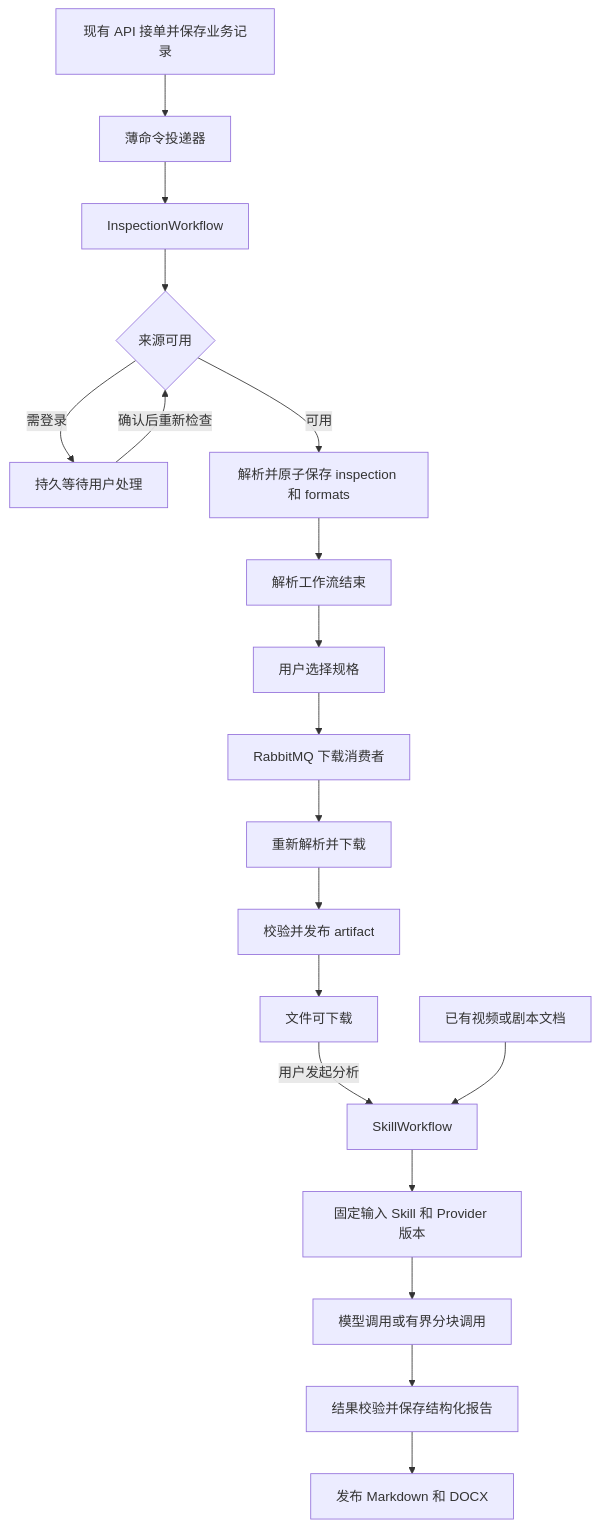
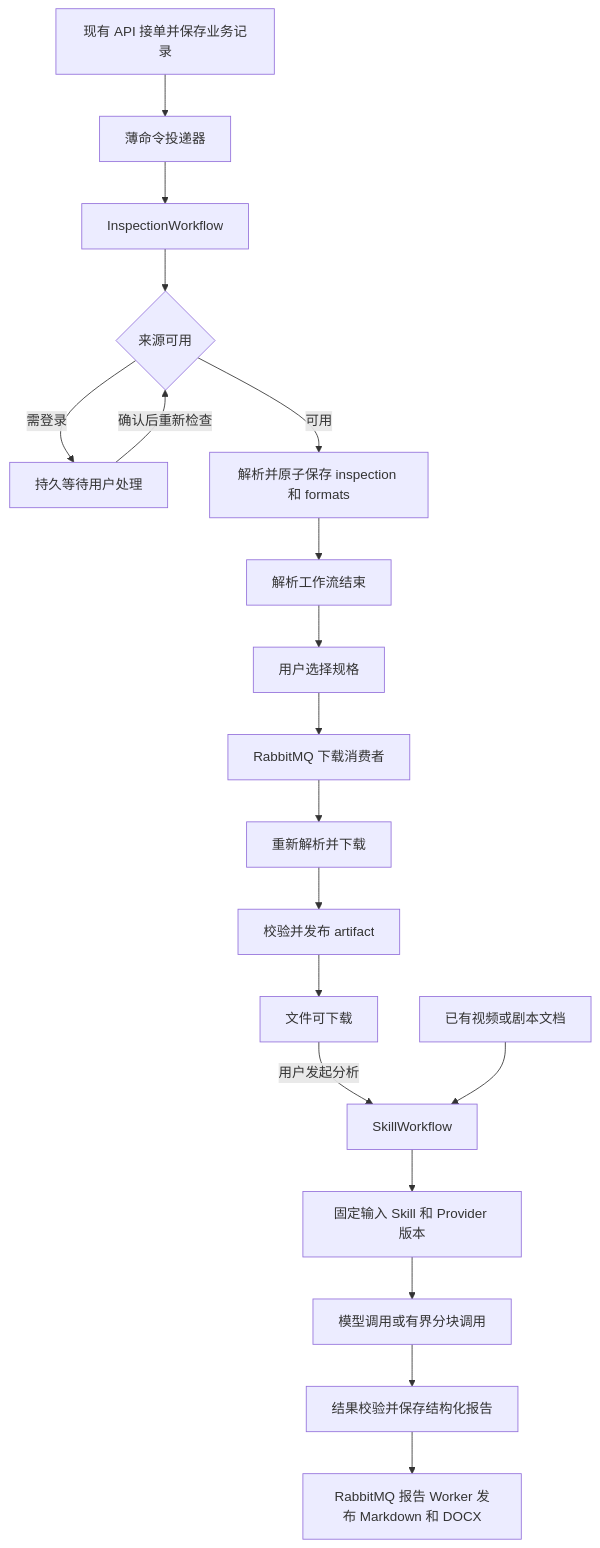
The diagram in docs/design/15-工作流与平台下载目标.md (StephenQiu30/framefetch), drawn with Mermaid before and after one commit. The commit also changed other lines of this file and 63 other files, not shown here.

````diff
--- a/docs/design/15-工作流与平台下载目标.md
+++ b/docs/design/15-工作流与平台下载目标.md
@@ -81,21 +81,21 @@
 ```mermaid
 flowchart TD
   API[现有 API 接单并保存业务记录] --> Dispatch[薄命令投递器]
   Dispatch --> Inspect[InspectionWorkflow]
   Inspect --> Access{来源可用}
   Access -->|需登录| Wait[持久等待用户处理]
   Wait -->|确认后重新检查| Access
   Access -->|可用| Resolve[解析并原子保存 inspection 和 formats]
   Resolve --> Ready[解析工作流结束]
   Ready --> Select[用户选择规格]
   Select --> Download[RabbitMQ 下载消费者]
   Download --> Fetch[重新解析并下载]
   Fetch --> Verify[校验并发布 artifact]
   Verify --> File[文件可下载]
   File -->|用户发起分析| Skill[SkillWorkflow]
   Existing[已有视频或剧本文档] --> Skill
   Skill --> Prepare[固定输入 Skill 和 Provider 版本]
   Prepare --> Call[模型调用或有界分块调用]
   Call --> Validate[结果校验并保存结构化报告]
-  Validate --> Publish[发布 Markdown 和 DOCX]
+  Validate --> Publish[RabbitMQ 报告 Worker 发布 Markdown 和 DOCX]
 ```
````
